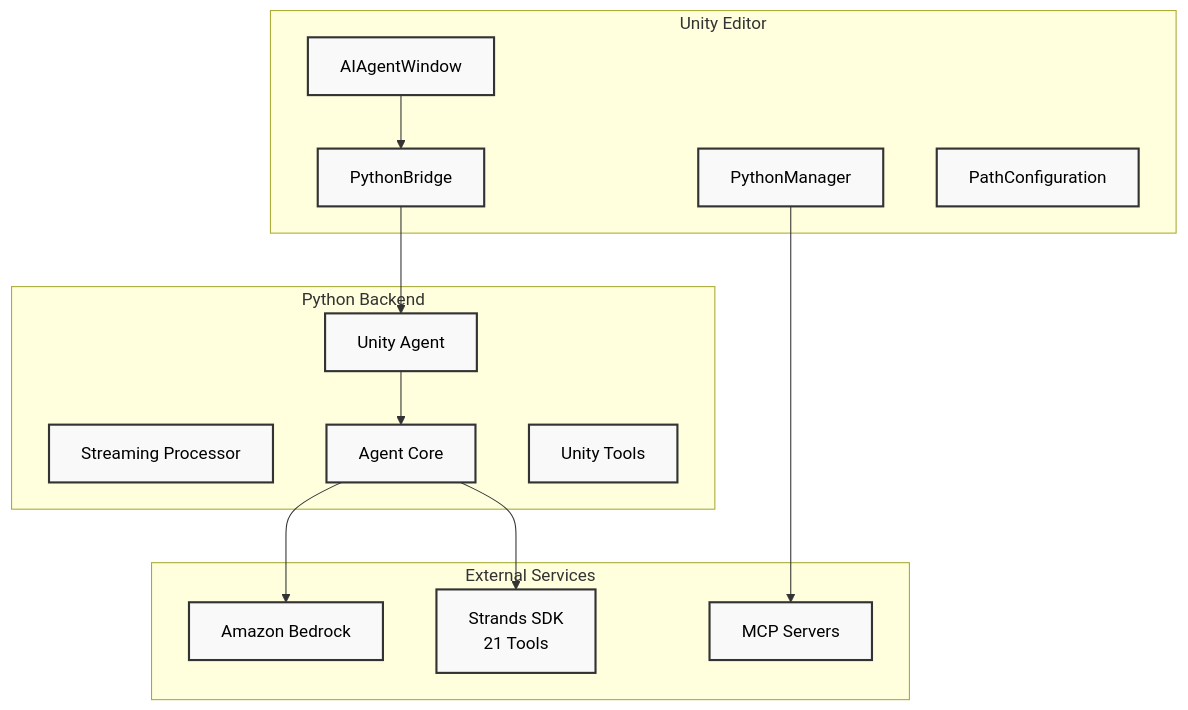
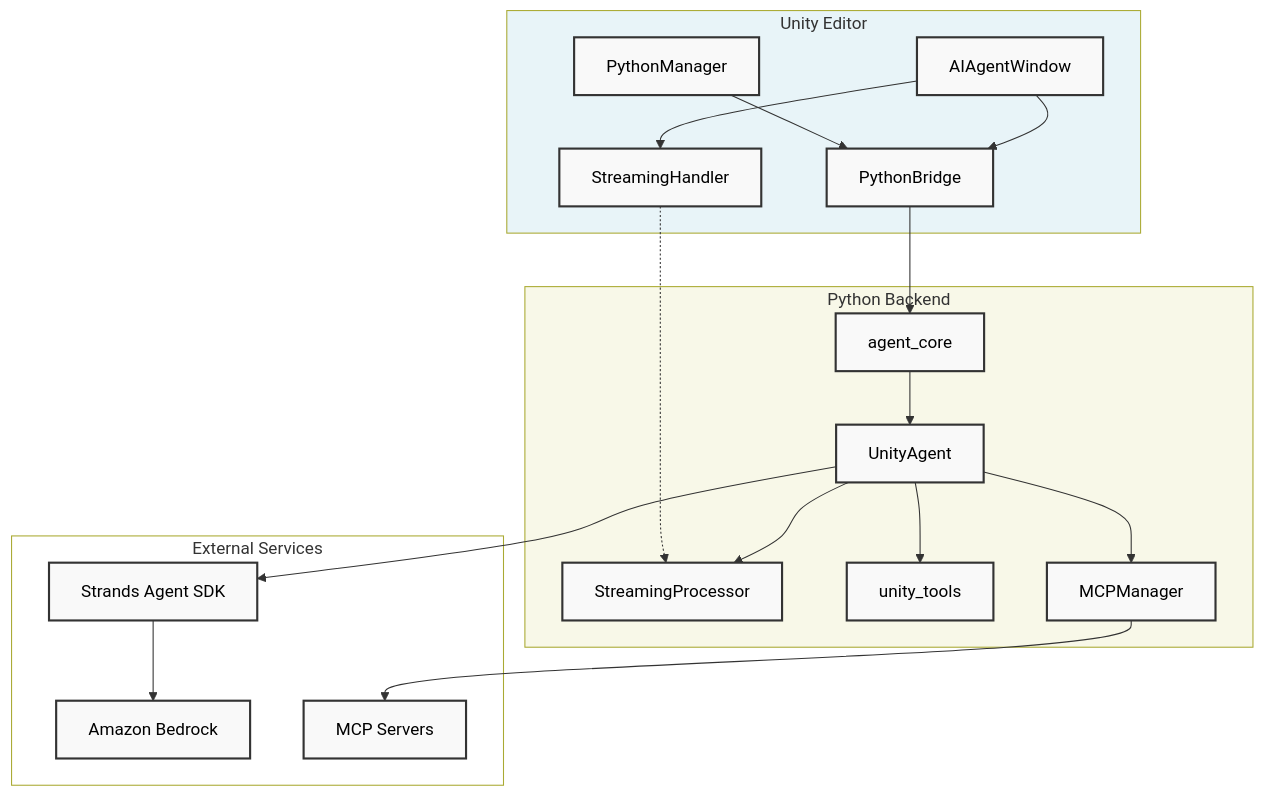
The first of 2 diagrams in README.md (ddpie/unity-strands-agent), drawn with Mermaid before and after one commit. The commit also changed other lines of this file, not shown here.

Commit message:
update README to reflect changes in system architecture, including new components and relationships in the Python backend; enhance clarity and consistency in bilingual documentation

````diff
--- a/README.md
+++ b/README.md
@@ -19,32 +19,43 @@
 ```mermaid
 graph TB
     subgraph Unity[Unity Editor]
         UI[AIAgentWindow]
         PB[PythonBridge]
         PM[PythonManager]
-        PC[PathConfiguration]
+        SH[StreamingHandler]
     end
     
     subgraph Python[Python Backend]
-        UA[Unity Agent]
-        SP[Streaming Processor]
-        AC[Agent Core]
-        UT[Unity Tools]
+        AC[agent_core]
+        UA[UnityAgent]
+        SP[StreamingProcessor]
+        UT[unity_tools]
+        MM[MCPManager]
     end
     
     subgraph External[External Services]
         AWS[Amazon Bedrock]
         MCP[MCP Servers]
-        SDK[Strands SDK<br/>21 Tools]
+        SDK[Strands Agent SDK]
     end
     
     UI --> PB
-    PB --> UA
-    UA --> AC
-    AC --> AWS
-    AC --> SDK
-    PM --> MCP
+    UI --> SH
+    PB --> AC
+    PM --> PB
+    AC --> UA
+    UA --> SP
+    UA --> UT
+    UA --> MM
+    UA --> SDK
+    SDK --> AWS
+    MM --> MCP
+    SH -.-> SP
     
     classDef default fill:#f9f9f9,stroke:#333,stroke-width:2px,color:#000
     classDef external fill:#fff,stroke:#666,stroke-width:2px,color:#000
+    
+    style Unity fill:#e8f4f8
+    style Python fill:#f8f8e8
+    style External fill:#fff
 ```
````
